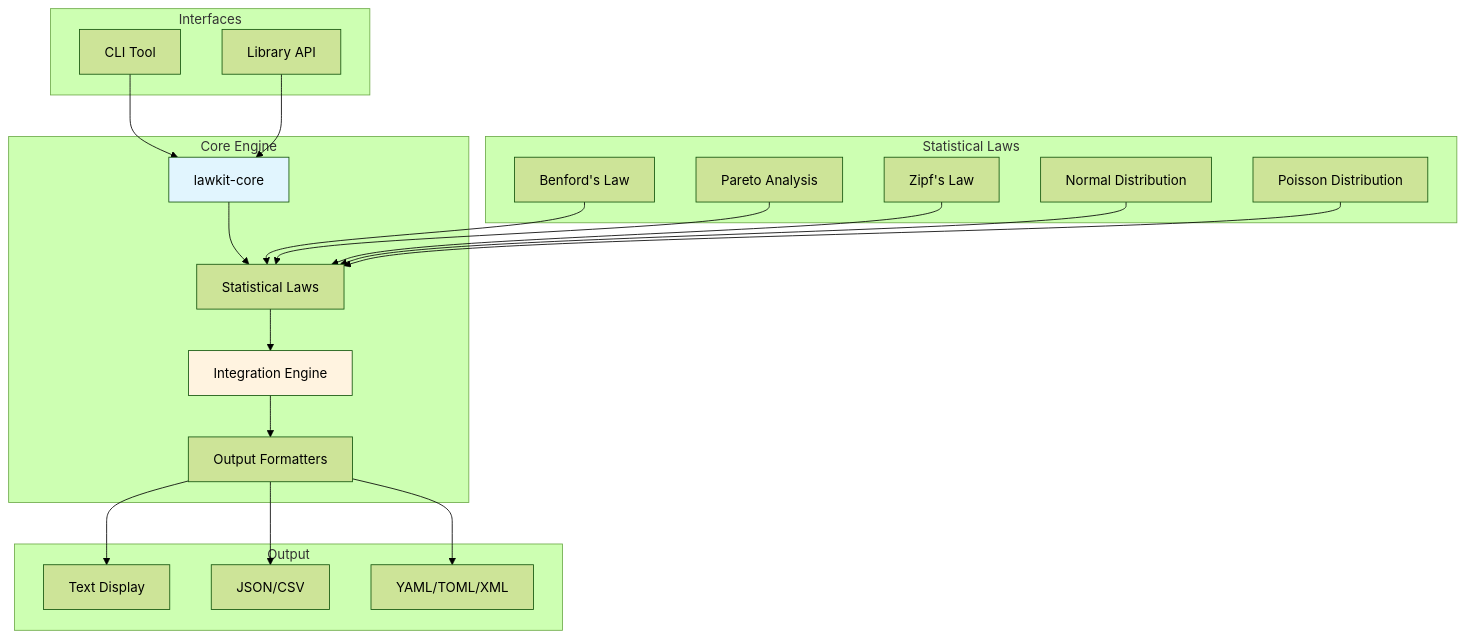
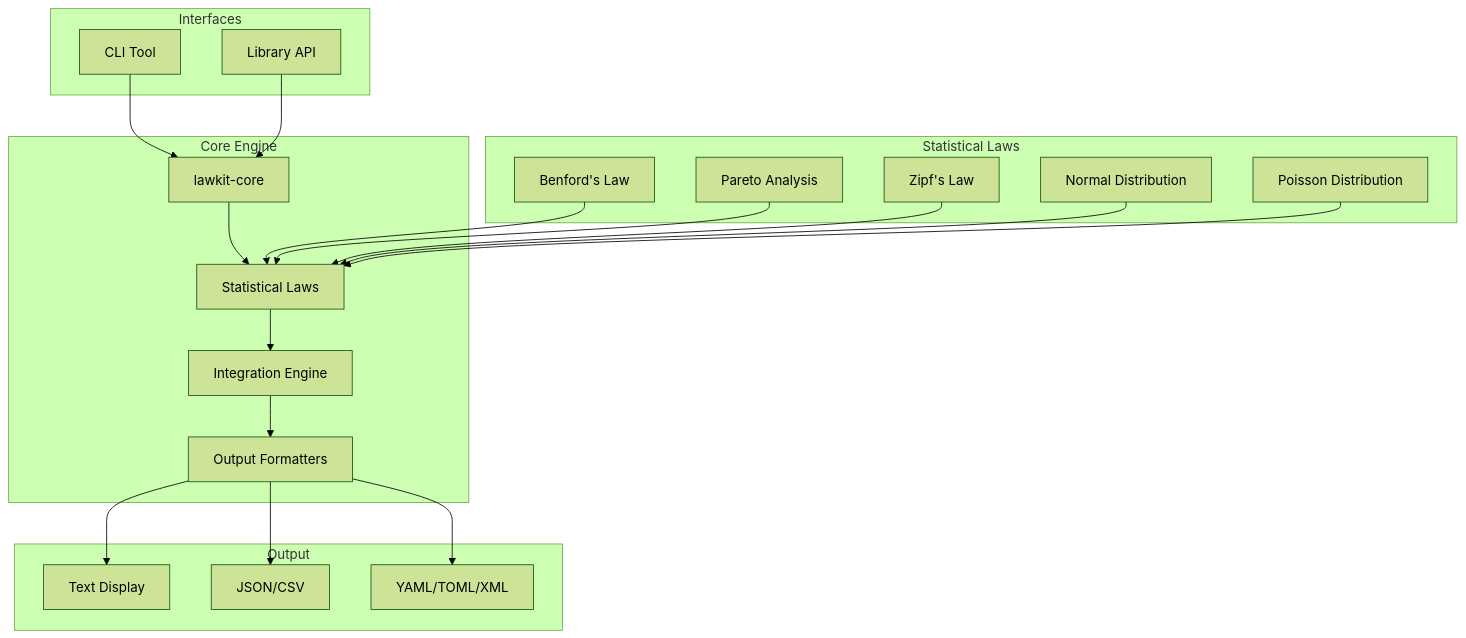
The first of 2 diagrams in docs/index.md (kako-jun/lawkit), drawn with Mermaid (forest theme) before and after one commit. The commit also changed 3 other files, not shown here.

First line of the commit message:
fix: remove explicit color styling from mermaid diagrams for dark theme compatibility

````diff
--- a/docs/index.md
+++ b/docs/index.md
@@ -99,30 +99,28 @@
 ```mermaid
 graph TB
     subgraph "Core Engine"
         A[lawkit-core] --> B[Statistical Laws]
         B --> C[Integration Engine]
         C --> D[Output Formatters]
     end
     
     subgraph "Interfaces"
         E[CLI Tool] --> A
         F[Library API] --> A
     end
     
     subgraph "Statistical Laws"
         G[Benford's Law] --> B
         H[Pareto Analysis] --> B
         I[Zipf's Law] --> B
         J[Normal Distribution] --> B
         K[Poisson Distribution] --> B
     end
     
     subgraph "Output"
         D --> L[Text Display]
         D --> M[JSON/CSV]
         D --> N[YAML/TOML/XML]
     end
     
-    style A fill:#e1f5fe
-    style C fill:#fff3e0
 ```
````
